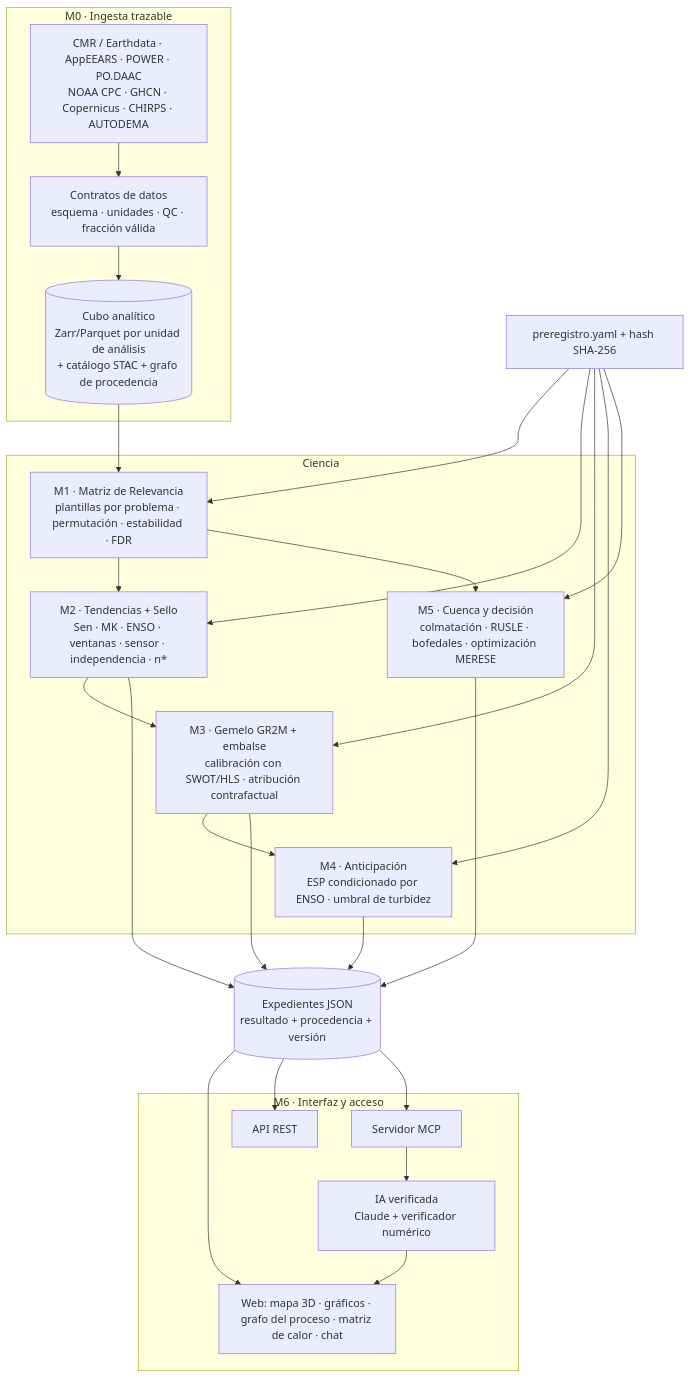
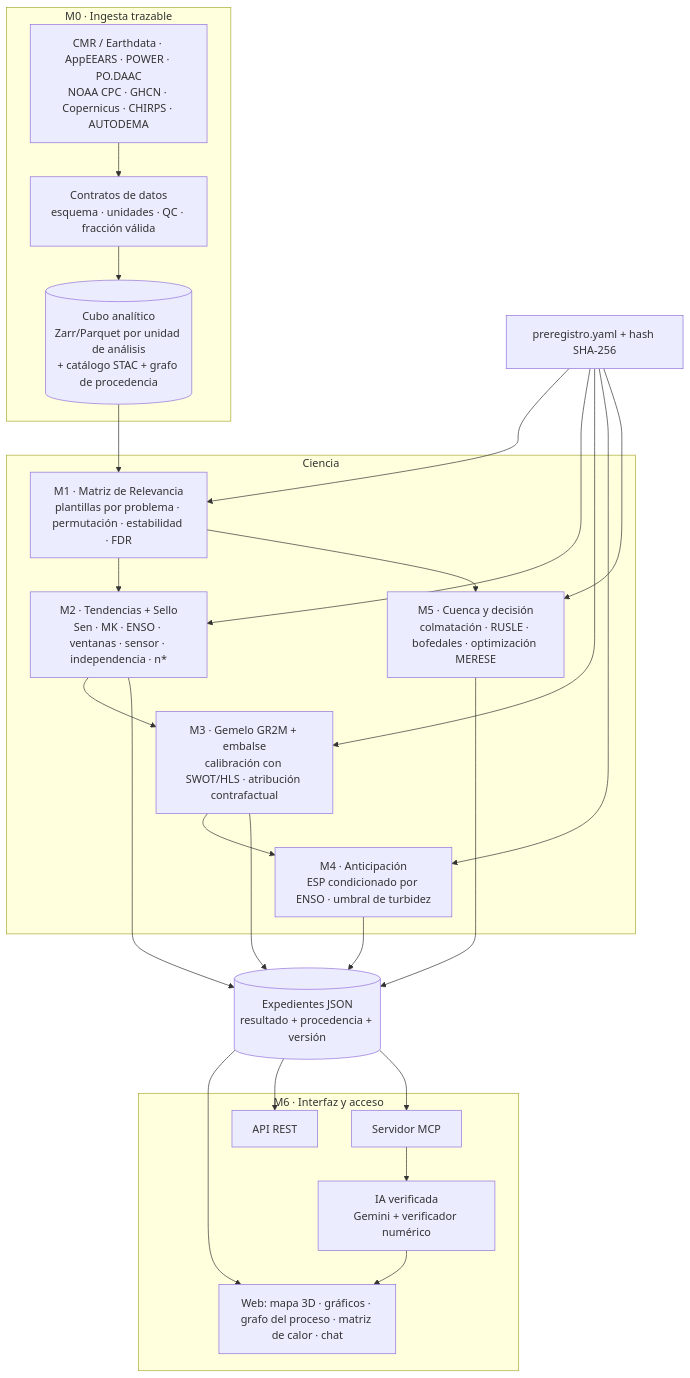
Before and after one commit to OwerLopez/terraverdict: the diagram in readme.md, drawn with Mermaid. The commit also changed other lines of this file and 10 other files, not shown here.

````diff
--- a/readme.md
+++ b/readme.md
@@ -131,26 +149,26 @@
 ```mermaid
 flowchart TB
     subgraph M0["M0 · Ingesta trazable"]
         SRC[CMR / Earthdata · AppEEARS · POWER · PO.DAAC<br/>NOAA CPC · GHCN · Copernicus · CHIRPS · AUTODEMA]
         SRC --> CT[Contratos de datos<br/>esquema · unidades · QC · fracción válida]
         CT --> CUBE[(Cubo analítico<br/>Zarr/Parquet por unidad de análisis<br/>+ catálogo STAC + grafo de procedencia)]
     end
     subgraph Ciencia
         M1[M1 · Matriz de Relevancia<br/>plantillas por problema · permutación · estabilidad · FDR]
         M2[M2 · Tendencias + Sello<br/>Sen · MK · ENSO · ventanas · sensor · independencia · n*]
         M3[M3 · Gemelo GR2M + embalse<br/>calibración con SWOT/HLS · atribución contrafactual]
         M4[M4 · Anticipación<br/>ESP condicionado por ENSO · umbral de turbidez]
         M5[M5 · Cuenca y decisión<br/>colmatación · RUSLE · bofedales · optimización MERESE]
     end
     PRE[preregistro.yaml + hash SHA-256] --> M1 & M2 & M3 & M4 & M5
     CUBE --> M1 --> M2 --> M3 --> M4
     M1 --> M5
     M2 & M3 & M4 & M5 --> EXP[(Expedientes JSON<br/>resultado + procedencia + versión)]
     subgraph M6["M6 · Interfaz y acceso"]
         UI[Web: mapa 3D · gráficos · grafo del proceso · matriz de calor · chat]
         API[API REST] & MCP[Servidor MCP]
-        IA[IA verificada<br/>Claude + verificador numérico]
+        IA[IA verificada<br/>Gemini + verificador numérico]
     end
     EXP --> UI & API & MCP
     MCP --> IA --> UI
 ```
````
